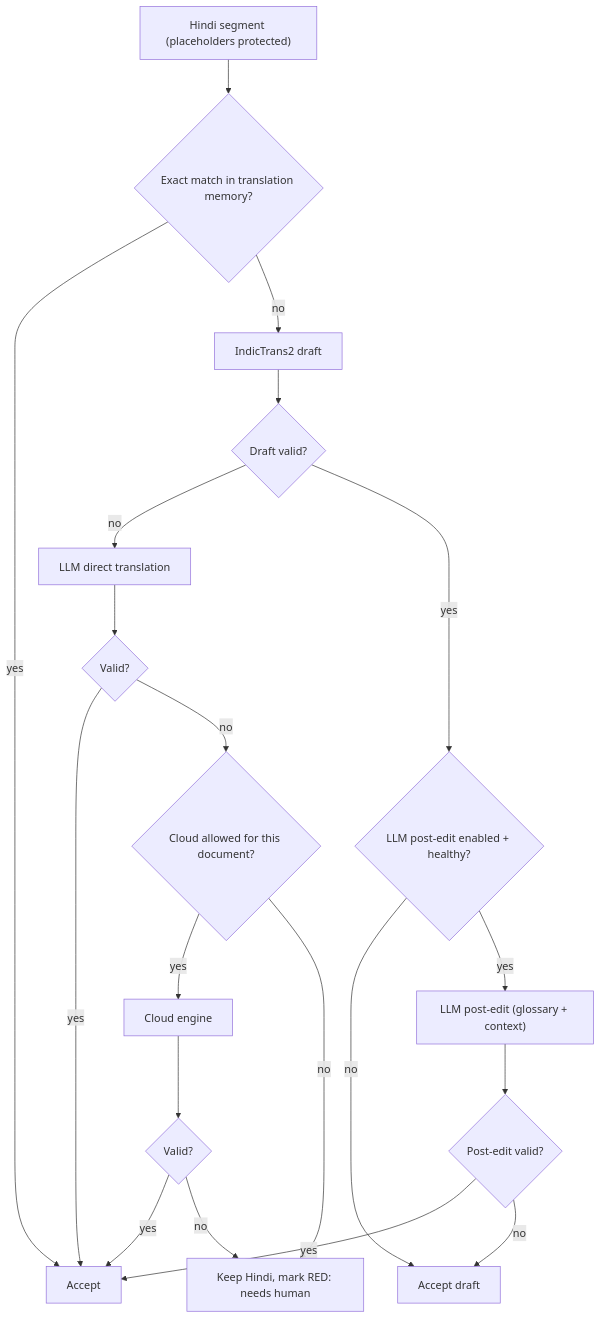
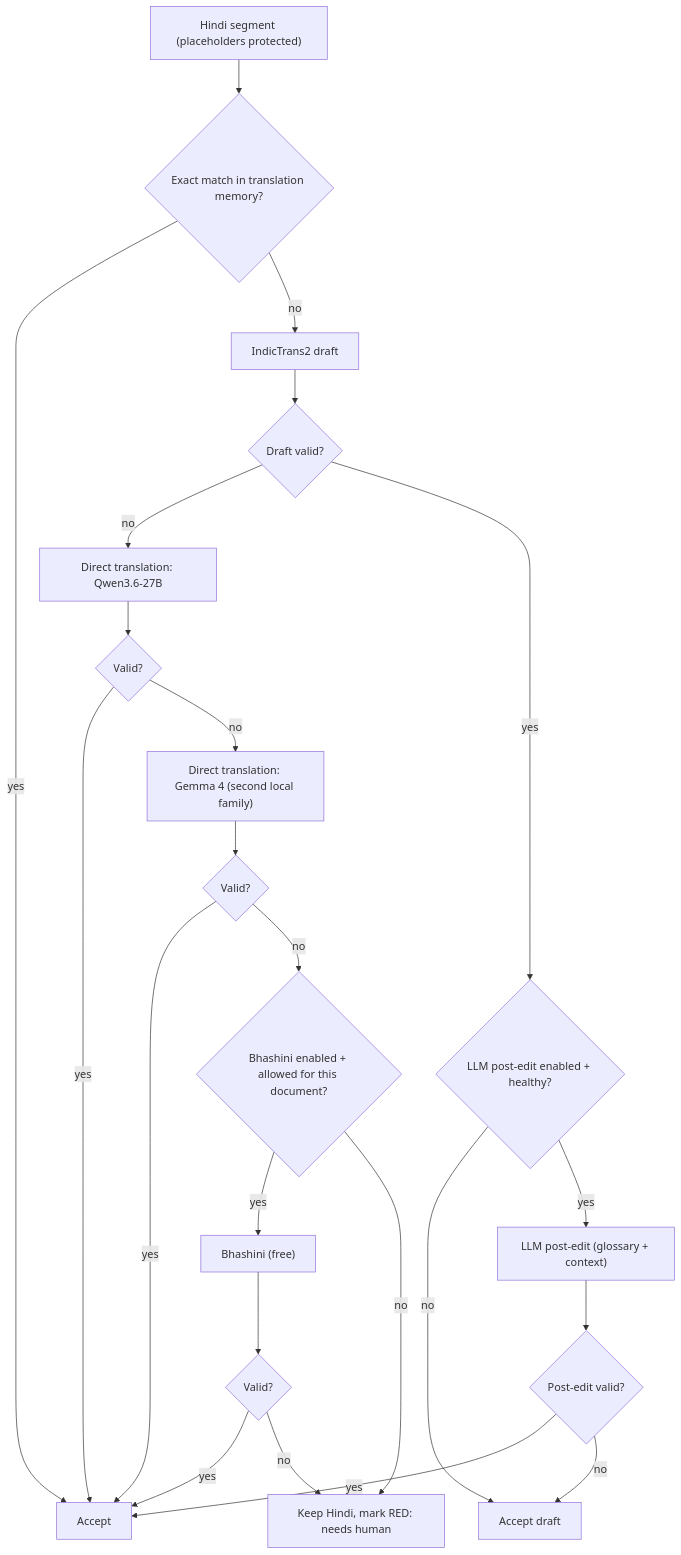
Before and after one commit to prasannad20011121/Pdf_-translater-: the third of 3 diagrams in PLAN.md, drawn with Mermaid. The commit also changed other lines of this file and 1 other file, not shown here.

First line of the commit message:
Revise plan: free/local models only

````diff
--- a/PLAN.md
+++ b/PLAN.md
@@ -194,21 +206,24 @@
 ```mermaid
 flowchart TD
   S["Hindi segment (placeholders protected)"] --> TM{"Exact match in translation memory?"}
   TM -- yes --> OK["Accept"]
   TM -- no --> D["IndicTrans2 draft"]
   D --> V1{"Draft valid?"}
-  V1 -- no --> LD["LLM direct translation"]
+  V1 -- no --> LD["Direct translation: Qwen3.6-27B"]
   V1 -- yes --> R{"LLM post-edit enabled + healthy?"}
   R -- no --> OKD["Accept draft"]
   R -- yes --> PE["LLM post-edit (glossary + context)"]
   PE --> V2{"Post-edit valid?"}
   V2 -- yes --> OK
   V2 -- no --> OKD
   LD --> V3{"Valid?"}
   V3 -- yes --> OK
-  V3 -- no --> C{"Cloud allowed for this document?"}
-  C -- yes --> CL["Cloud engine"] --> V4{"Valid?"}
+  V3 -- no --> L2["Direct translation: Gemma 4 (second local family)"]
+  L2 --> V4{"Valid?"}
   V4 -- yes --> OK
-  V4 -- no --> FLAG["Keep Hindi, mark RED: needs human"]
-  C -- no --> FLAG
+  V4 -- no --> B{"Bhashini enabled + allowed for this document?"}
+  B -- yes --> BH["Bhashini (free)"] --> V5{"Valid?"}
+  V5 -- yes --> OK
+  V5 -- no --> FLAG["Keep Hindi, mark RED: needs human"]
+  B -- no --> FLAG
 ```
````
